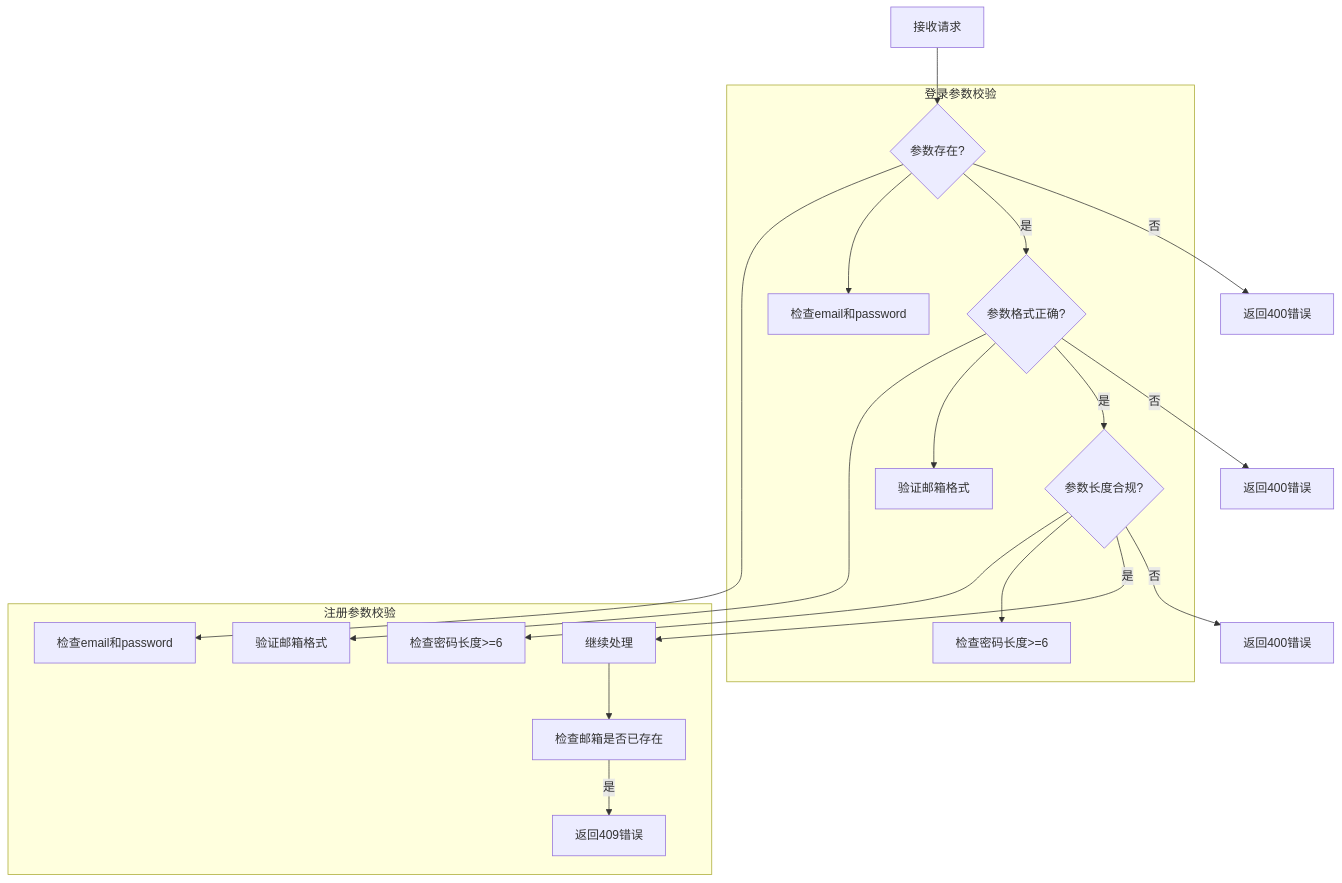
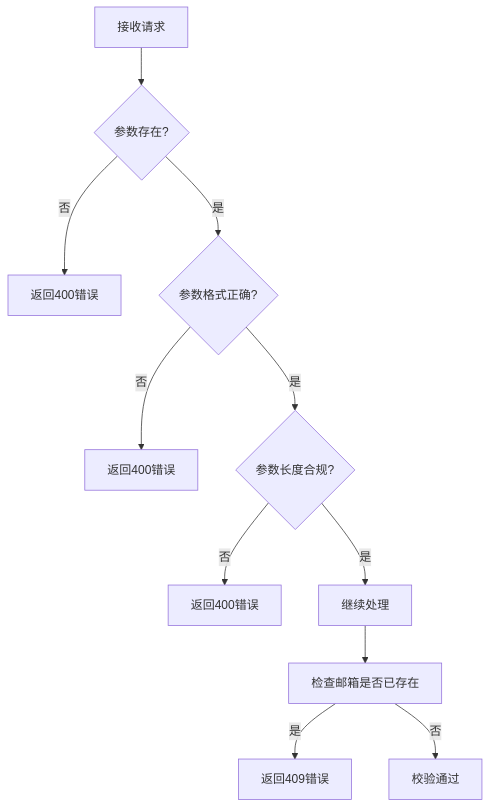
The sixth of 11 diagrams in wiki/安全考虑/安全考虑.md (xingranya/CervixDetectAI), drawn with Mermaid before and after one commit. The commit also changed 35 other files, not shown here.

First line of the commit message:
docs(readme): 优化并统一项目文档中的流程图与说明

````diff
--- a/wiki/安全考虑/安全考虑.md
+++ b/wiki/安全考虑/安全考虑.md
@@ -164,22 +164,13 @@
 ```mermaid
 flowchart TD
 A[接收请求] --> B{参数存在?}
 B --> |否| C[返回400错误]
 B --> |是| D{参数格式正确?}
 D --> |否| E[返回400错误]
 D --> |是| F{参数长度合规?}
 F --> |否| G[返回400错误]
 F --> |是| H[继续处理]
-subgraph 登录参数校验
-B --> B1[检查email和password]
-D --> D1[验证邮箱格式]
-F --> F1[检查密码长度>=6]
-end
-subgraph 注册参数校验
-B --> B2[检查email和password]
-D --> D2[验证邮箱格式]
-F --> F2[检查密码长度>=6]
 H --> H1[检查邮箱是否已存在]
 H1 --> |是| I[返回409错误]
-end
+H1 --> |否| J[校验通过]
 ```
````
